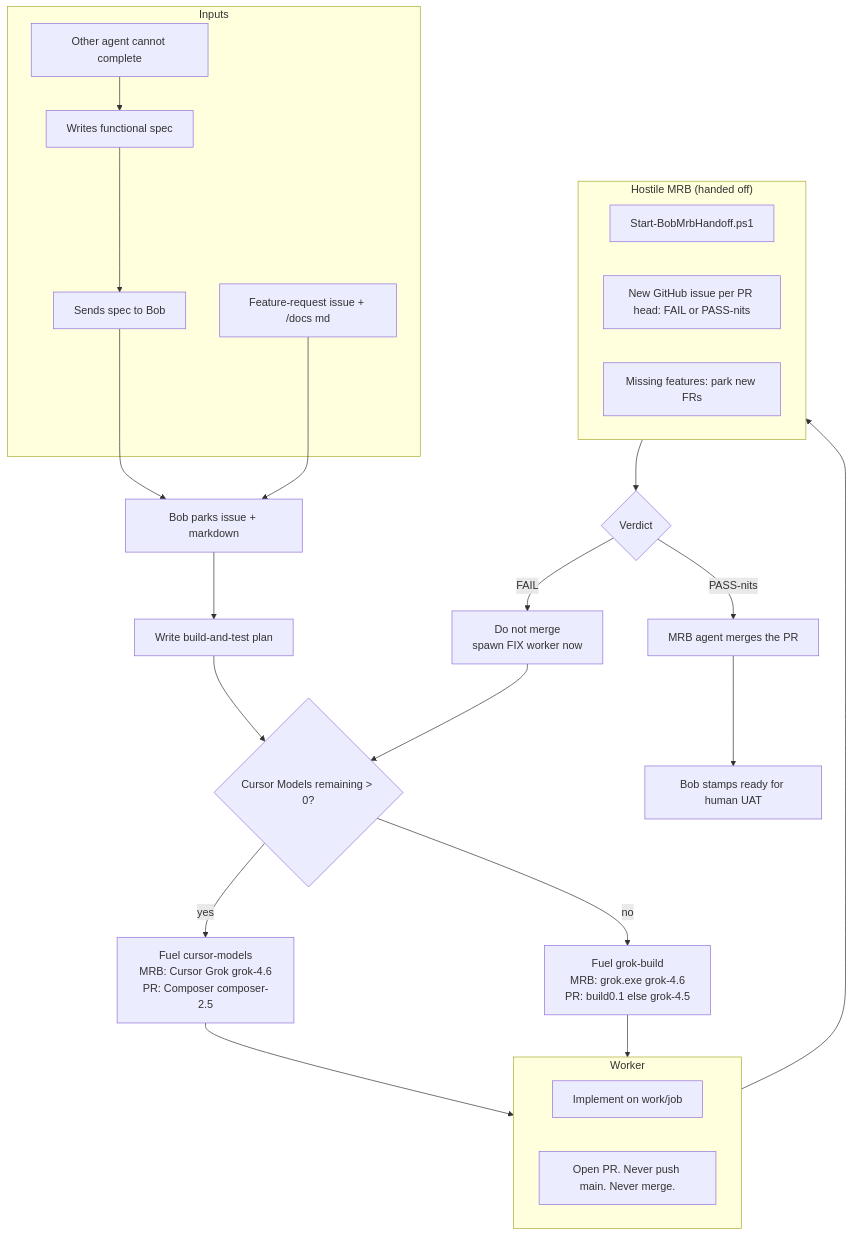
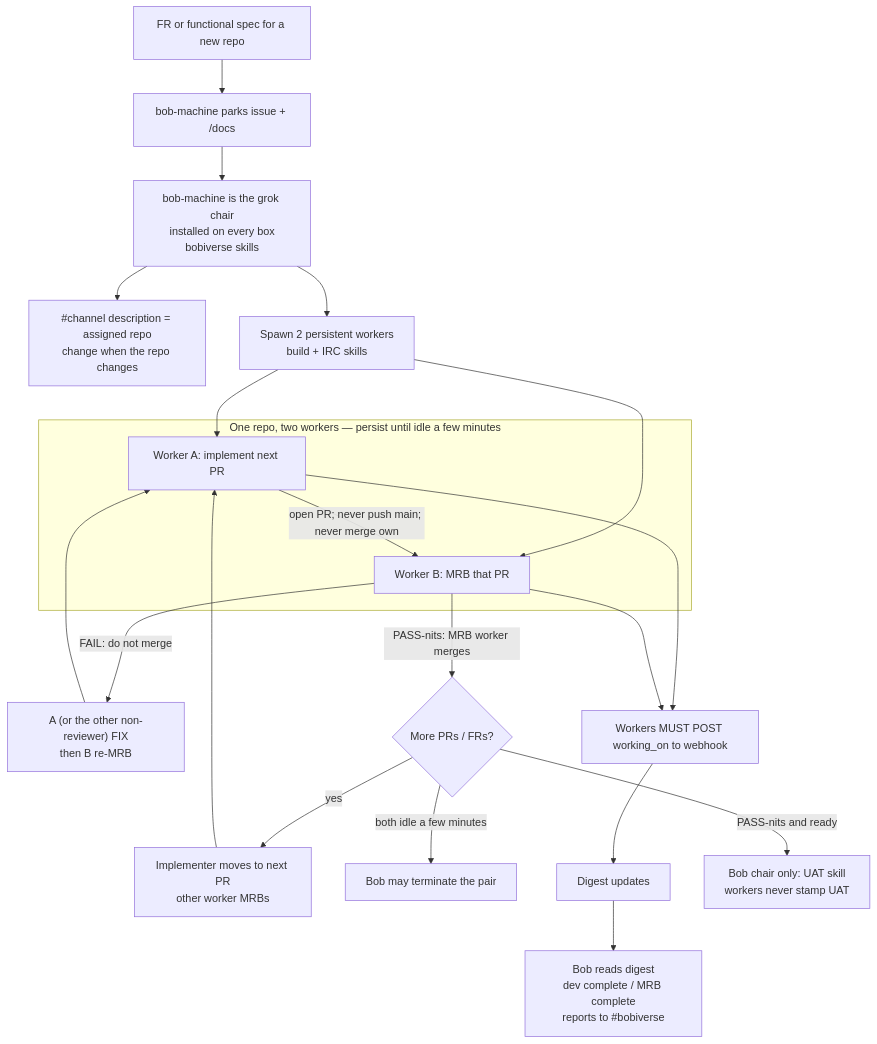
The diagram in README.md (SimonBarnett/agentic_build), drawn with Mermaid before and after one commit. The commit also changed 1 other file, not shown here.

Commit message:
docs: proposed two-worker mermaid for Simon to check

````diff
--- a/README.md
+++ b/README.md
@@ -66,40 +68,29 @@
 ```mermaid
 flowchart TB
-  subgraph IN["Inputs"]
-    A1["Other agent cannot complete"]
-    A2["Writes functional spec"]
-    A3["Sends spec to Bob"]
-    F1["Feature-request issue + /docs md"]
+  IN["FR or functional spec for a new repo"]
+  IN --> PARK["bob-machine parks issue + /docs"]
+  PARK --> CHAIR["bob-machine is the grok chair\ninstalled on every box\nbobiverse skills"]
+  CHAIR --> DESC["#channel description = assigned repo\nchange when the repo changes"]
+  CHAIR --> PAIR["Spawn 2 persistent workers\nbuild + IRC skills"]
+
+  subgraph PAIRBOX["One repo, two workers — persist until idle a few minutes"]
+    WA["Worker A: implement next PR"]
+    WB["Worker B: MRB that PR"]
   end
 
-  A1 --> A2 --> A3
-  A3 --> PARK
-  F1 --> PARK["Bob parks issue + markdown"]
-  PARK --> PLAN["Write build-and-test plan"]
+  PAIR --> WA
+  PAIR --> WB
+  WA -->|"open PR; never push main; never merge own"| WB
+  WB -->|"FAIL: do not merge"| FIX["A (or the other non-reviewer) FIX\nthen B re-MRB"]
+  FIX --> WA
+  WB -->|"PASS-nits: MRB worker merges"| NEXT{"More PRs / FRs?"}
+  NEXT -->|yes| SWAP["Implementer moves to next PR\nother worker MRBs"]
+  SWAP --> WA
+  NEXT -->|both idle a few minutes| STOP["Bob may terminate the pair"]
 
-  PLAN --> FUEL{"Cursor Models remaining > 0?"}
-  FUEL -->|yes| CUR["Fuel cursor-models\nMRB: Cursor Grok grok-4.6\nPR: Composer composer-2.5"]
-  FUEL -->|no| GROK["Fuel grok-build\nMRB: grok.exe grok-4.6\nPR: build0.1 else grok-4.5"]
-
-  CUR --> BUILD
-  GROK --> BUILD
-
-  subgraph BUILD["Worker"]
-    D1["Implement on work/job"]
-    D2["Open PR. Never push main. Never merge."]
-  end
-
-  BUILD --> MRB
-
-  subgraph MRB["Hostile MRB (handed off)"]
-    M1["Start-BobMrbHandoff.ps1"]
-    M2["New GitHub issue per PR head: FAIL or PASS-nits"]
-    M3["Missing features: park new FRs"]
-  end
-
-  MRB --> VER{"Verdict"}
-  VER -->|FAIL| FIX["Do not merge\nspawn FIX worker now"]
-  FIX --> FUEL
-  VER -->|PASS-nits| MERGE["MRB agent merges the PR"]
-  MERGE --> UAT["Bob stamps ready for human UAT"]
+  WA --> POST["Workers MUST POST working_on to webhook"]
+  WB --> POST
+  POST --> DIG["Digest updates"]
+  DIG --> SAY["Bob reads digest\ndev complete / MRB complete\nreports to #bobiverse"]
+  NEXT -->|PASS-nits and ready| UAT["Bob chair only: UAT skill\nworkers never stamp UAT"]
 ```
````
